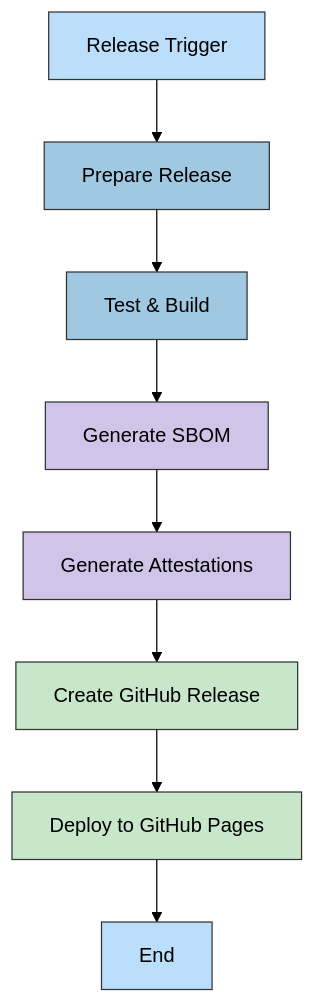
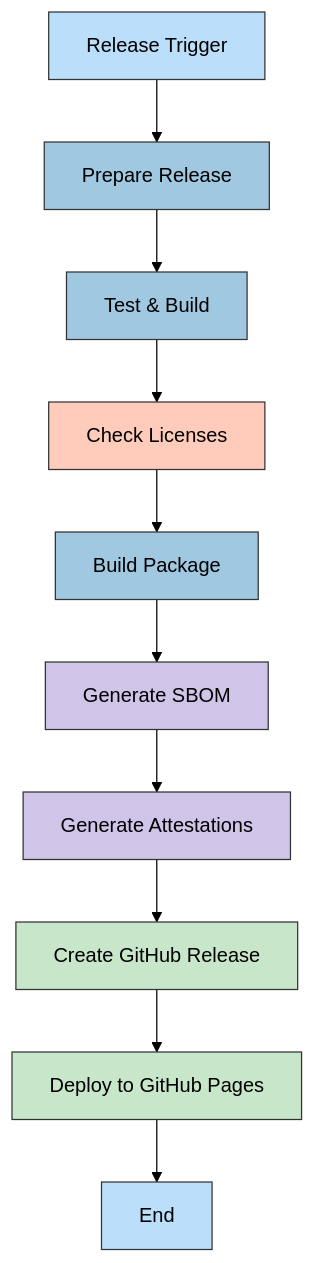
Before and after one commit to Hack23/cia-compliance-manager: the fourth of 6 diagrams in docs/architecture/WORKFLOWS.md, drawn with Mermaid (forest theme). The commit also changed other lines of this file and 1 other file, not shown here.

````diff
--- a/docs/architecture/WORKFLOWS.md
+++ b/docs/architecture/WORKFLOWS.md
@@ -104,22 +143,26 @@
 ```mermaid
 flowchart TD
     Start[Release Trigger] --> Prepare[Prepare Release]
     Prepare --> TestBuild[Test & Build]
-    TestBuild --> SBOM[Generate SBOM]
+    TestBuild --> LicenseCheck[Check Licenses]
+    LicenseCheck --> Build[Build Package]
+    Build --> SBOM[Generate SBOM]
     SBOM --> Attestation[Generate Attestations]
     Attestation --> CreateRelease[Create GitHub Release]
     CreateRelease --> Deploy[Deploy to GitHub Pages]
     Deploy --> End[End]
 
     %% Cool color styling
     classDef startNode fill:#bbdefb,stroke:#333,stroke-width:1px,color:black
     classDef processNode fill:#a0c8e0,stroke:#333,stroke-width:1px,color:black
     classDef securityNode fill:#d1c4e9,stroke:#333,stroke-width:1px,color:black
     classDef deployNode fill:#c8e6c9,stroke:#333,stroke-width:1px,color:black
     classDef endNode fill:#86b5d9,stroke:#333,stroke-width:1px,color:black
+    classDef checkNode fill:#ffccbc,stroke:#333,stroke-width:1px,color:black
 
     class Start,End startNode
-    class Prepare,TestBuild processNode
+    class Prepare,TestBuild,Build processNode
     class SBOM,Attestation securityNode
     class CreateRelease,Deploy deployNode
+    class LicenseCheck checkNode
 ```
````
